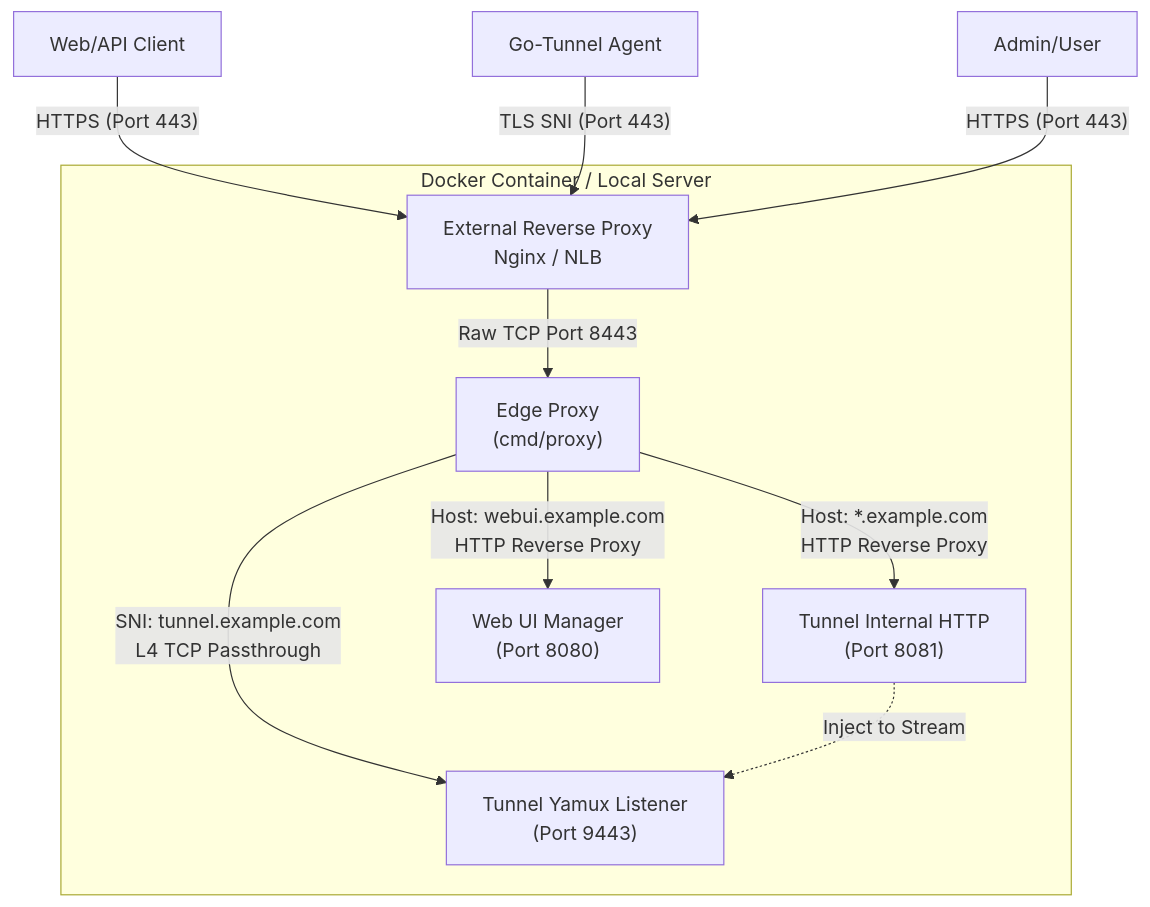
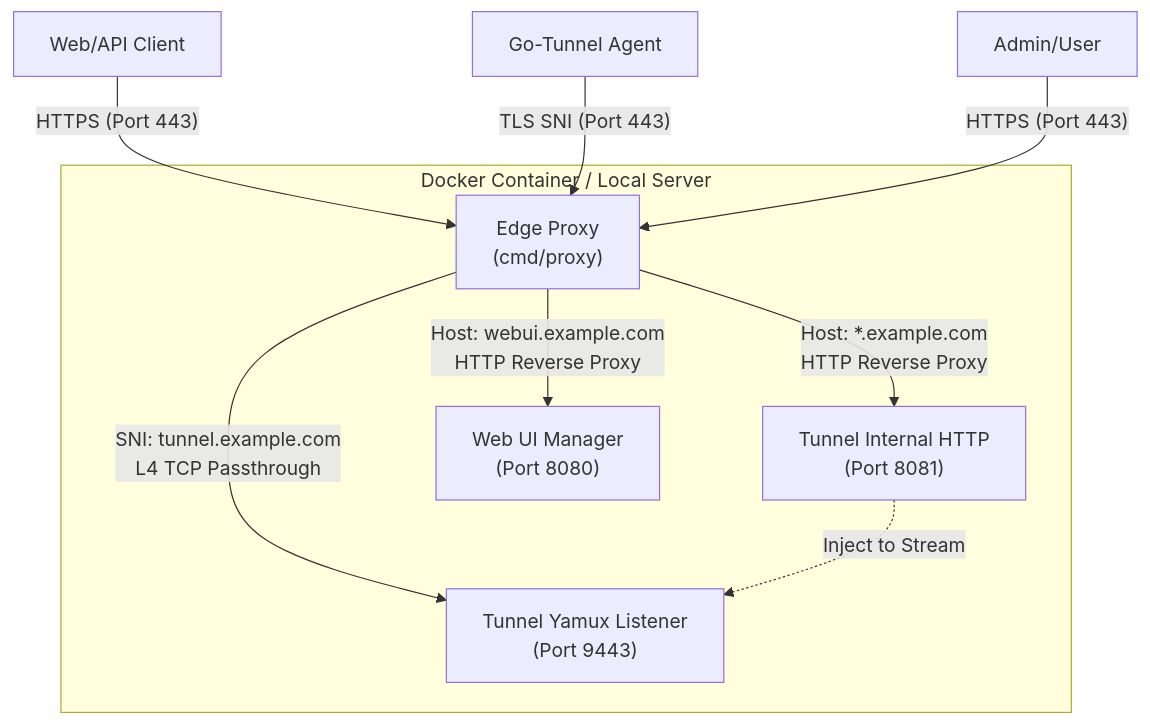
The diagram in README.md (kal72/go-tunnel), drawn with Mermaid before and after one commit. The commit also changed other lines of this file, not shown here.

Commit message:
docs: update architecture documentation to emphasize built-in Edge Proxy capabilities

````diff
--- a/README.md
+++ b/README.md
@@ -129,16 +131,14 @@
 ```mermaid
 graph TD
-    Client[Web/API Client] -->|"HTTPS (Port 443)"| ExtRP[External Reverse Proxy<br>Nginx / NLB]
-    Agent[Go-Tunnel Agent] -->|"TLS SNI (Port 443)"| ExtRP
-    Admin[Admin/User] -->|"HTTPS (Port 443)"| ExtRP
+    Client[Web/API Client] -->|"HTTPS (Port 443)"| EdgeProxy["Edge Proxy<br>(cmd/proxy)"]
+    Agent[Go-Tunnel Agent] -->|"TLS SNI (Port 443)"| EdgeProxy
+    Admin[Admin/User] -->|"HTTPS (Port 443)"| EdgeProxy
 
     subgraph "Docker Container / Local Server"
-        ExtRP -- "Raw TCP Port 8443" --> EdgeProxy["Edge Proxy<br>(cmd/proxy)"]
-        
         EdgeProxy -- "Host: *.example.com<br>HTTP Reverse Proxy" --> TunnelHttp["Tunnel Internal HTTP<br>(Port 8081)"]
         EdgeProxy -- "Host: webui.example.com<br>HTTP Reverse Proxy" --> WebUI["Web UI Manager<br>(Port 8080)"]
         EdgeProxy -- "SNI: tunnel.example.com<br>L4 TCP Passthrough" --> TunnelTCP["Tunnel Yamux Listener<br>(Port 9443)"]
         
         TunnelHttp -.->|"Inject to Stream"| TunnelTCP
     end
 ```
````
